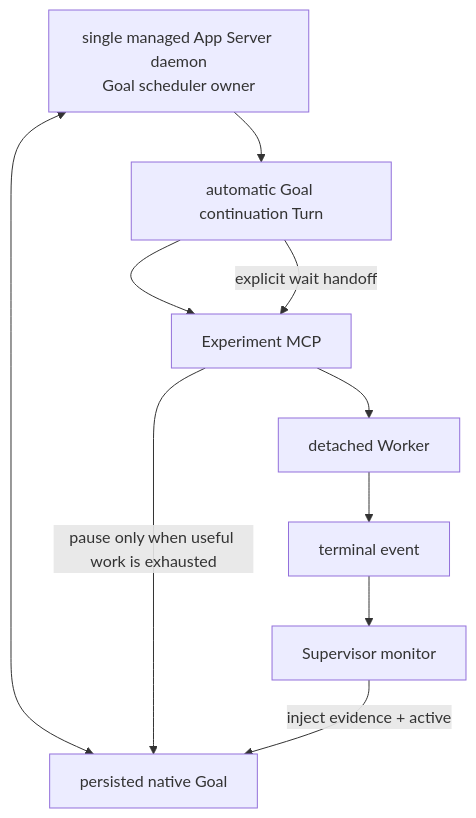
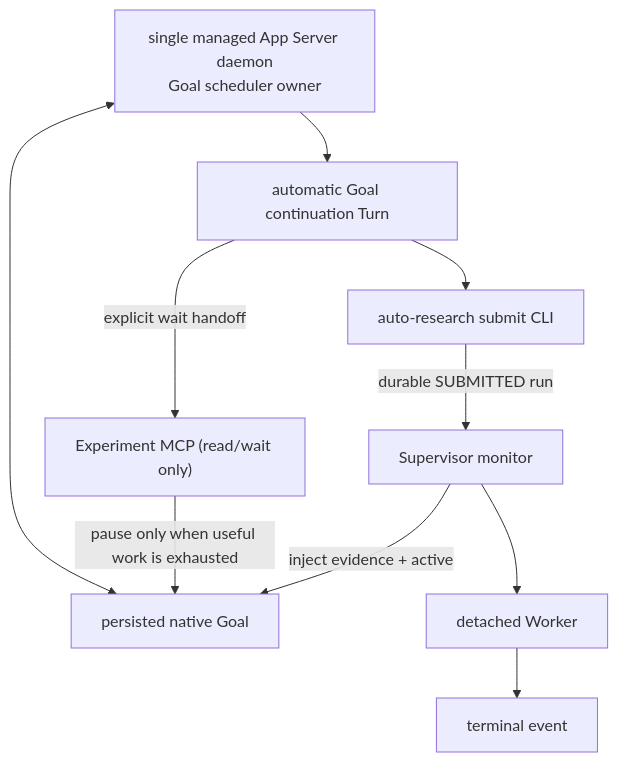
The first of 3 diagrams in docs/AUTO_RESEARCH_SUPERVISOR_SCHEDULER_DESIGN.md (dollarser/codex-auto-research), drawn with Mermaid before and after one commit. The commit also changed other lines of this file and 22 other files, not shown here.

````diff
--- a/docs/AUTO_RESEARCH_SUPERVISOR_SCHEDULER_DESIGN.md
+++ b/docs/AUTO_RESEARCH_SUPERVISOR_SCHEDULER_DESIGN.md
@@ -19,18 +35,20 @@
 ```mermaid
 flowchart TD
     DAEMON["single managed App Server daemon<br/>Goal scheduler owner"]
     GOAL["persisted native Goal"]
     TURN["automatic Goal continuation Turn"]
-    MCP["Experiment MCP"]
+    CLI["auto-research submit CLI"]
+    MCP["Experiment MCP (read/wait only)"]
     WORKER["detached Worker"]
     EVENT["terminal event"]
     MONITOR["Supervisor monitor"]
 
     DAEMON <--> GOAL
     DAEMON --> TURN
-    TURN --> MCP
+    TURN --> CLI
+    CLI -->|"durable SUBMITTED run"| MONITOR
     TURN -->|"explicit wait handoff"| MCP
     MCP -->|"pause only when useful work is exhausted"| GOAL
-    MCP --> WORKER --> EVENT --> MONITOR
+    MONITOR --> WORKER --> EVENT
     MONITOR -->|"inject evidence + active"| GOAL
 ```
````
